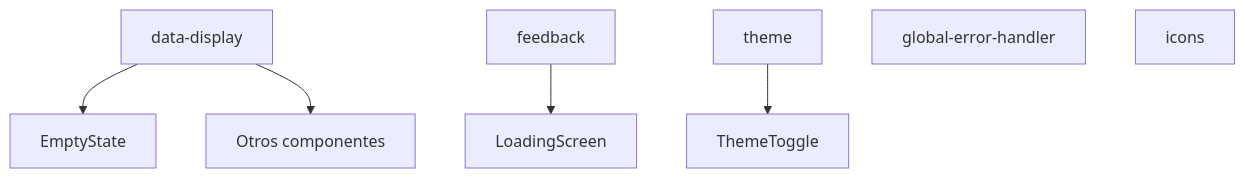
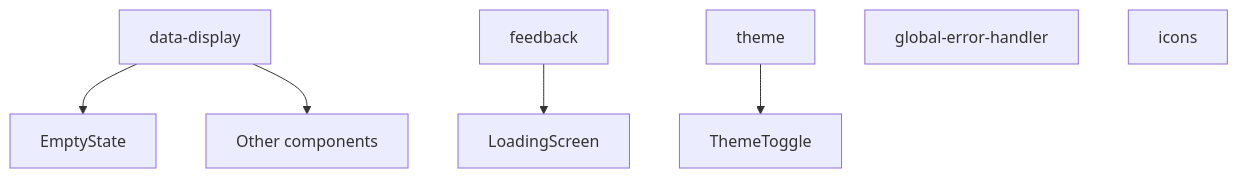
One commit to gvastethecreator/media-manager changed the diagram in src/components/core/README.md. Above: the diagram before and after it, drawn with Mermaid. The commit also changed other lines of this file and 98 other files, not shown here.

Commit message:
docs: initialize comprehensive architectural documentation and component-level README files across the repository.

````diff
--- a/src/components/core/README.md
+++ b/src/components/core/README.md
@@ -7,9 +7,9 @@
 ```mermaid
 flowchart TD
     A[data-display] --> B[EmptyState]
-    A --> C[Otros componentes]
+    A --> C[Other components]
     D[feedback] --> E[LoadingScreen]
     F[theme] --> G[ThemeToggle]
     H[global-error-handler]
     I[icons]
 ```
````
